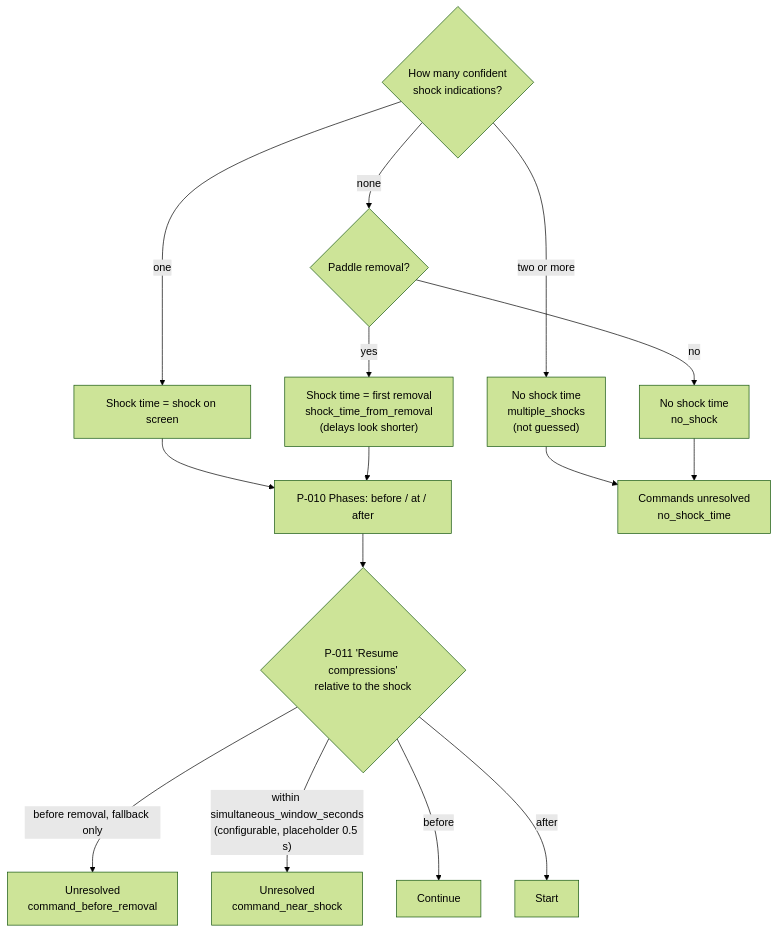
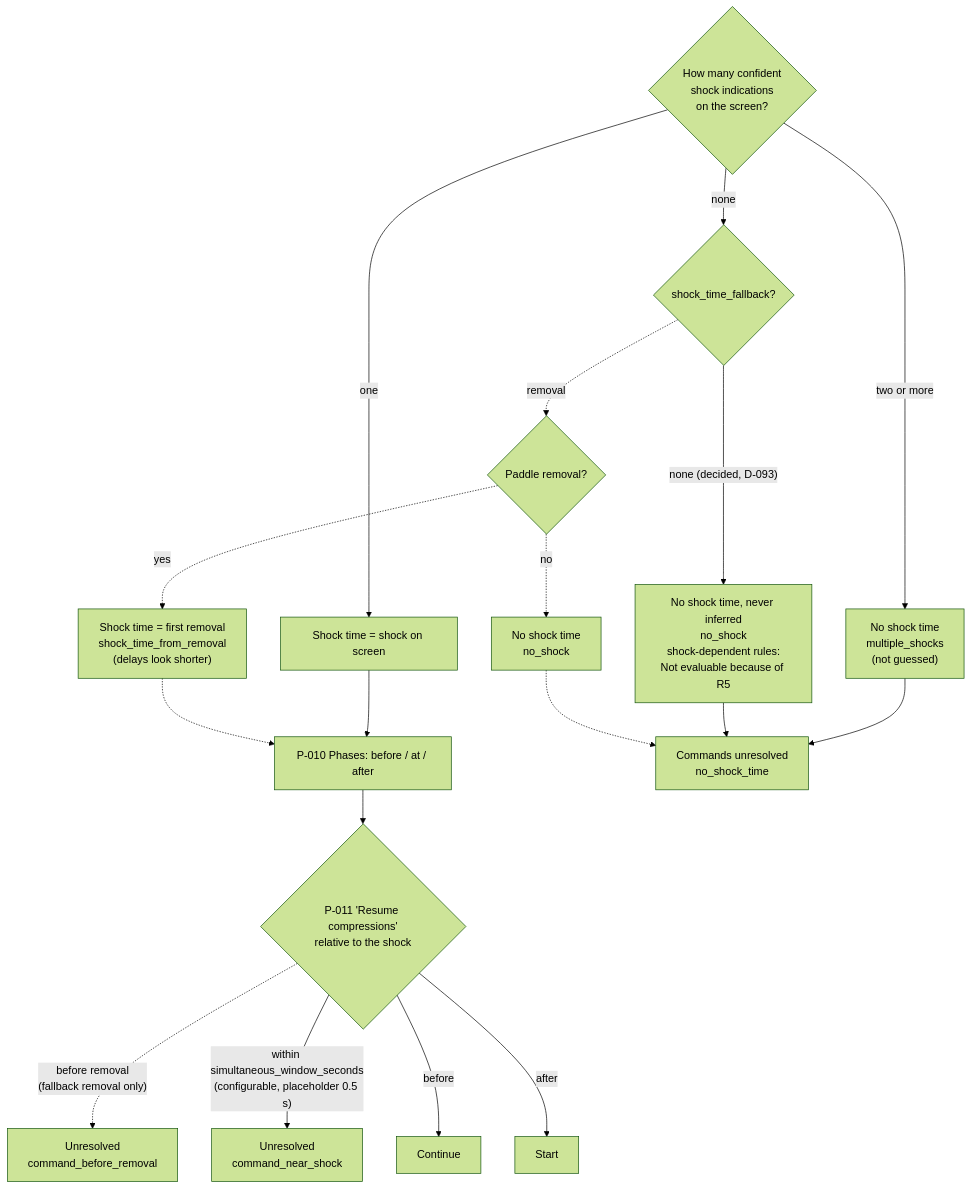
Before and after one commit to ananthu65/defibrillator_research: the fifth of 11 diagrams in docs/rule_engine/diagrams.md, drawn with Mermaid (forest theme). The commit also changed other lines of this file and 29 other files, not shown here.

````diff
--- a/docs/rule_engine/diagrams.md
+++ b/docs/rule_engine/diagrams.md
@@ -100,17 +103,20 @@
 ```mermaid
 flowchart TD
-    S0{"How many confident<br/>shock indications?"} -->|two or more| N1["No shock time<br/>multiple_shocks<br/>(not guessed)"]
+    S0{"How many confident<br/>shock indications<br/>on the screen?"} -->|two or more| N1["No shock time<br/>multiple_shocks<br/>(not guessed)"]
     S0 -->|one| T1["Shock time = shock on screen"]
-    S0 -->|none| R{"Paddle removal?"}
-    R -->|yes| T2["Shock time = first removal<br/>shock_time_from_removal<br/>(delays look shorter)"]
-    R -->|no| N2["No shock time<br/>no_shock"]
+    S0 -->|none| F{"shock_time_fallback?"}
+    F -->|"none (decided, D-093)"| N0["No shock time, never inferred<br/>no_shock<br/>shock-dependent rules:<br/>Not evaluable because of R5"]
+    F -.->|removal| R{"Paddle removal?"}
+    R -.->|yes| T2["Shock time = first removal<br/>shock_time_from_removal<br/>(delays look shorter)"]
+    R -.->|no| N2["No shock time<br/>no_shock"]
     T1 --> PH["P-010 Phases: before / at / after"]
-    T2 --> PH
+    T2 -.-> PH
     PH --> CR{"P-011 'Resume compressions'<br/>relative to the shock"}
-    CR -->|before removal, fallback only| UR1["Unresolved<br/>command_before_removal"]
+    CR -.->|"before removal<br/>(fallback removal only)"| UR1["Unresolved<br/>command_before_removal"]
     CR -->|"within simultaneous_window_seconds<br/>(configurable, placeholder 0.5 s)"| UR2["Unresolved<br/>command_near_shock"]
     CR -->|before| CO["Continue"]
     CR -->|after| ST["Start"]
     N1 --> UR3["Commands unresolved<br/>no_shock_time"]
-    N2 --> UR3
+    N0 --> UR3
+    N2 -.-> UR3
 ```
````
